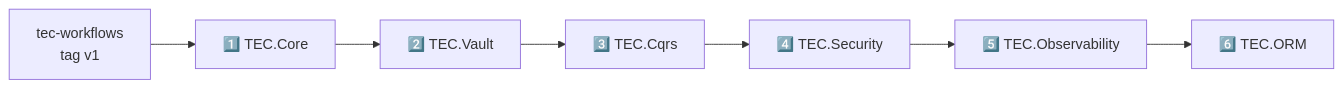
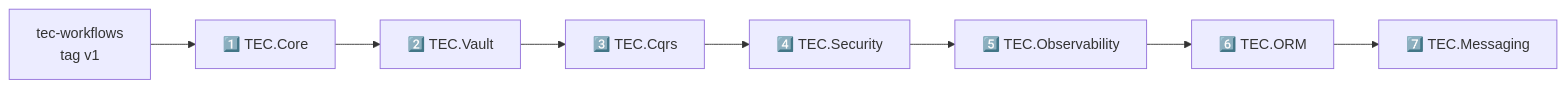
The third of 3 diagrams in README.md (tudoemcodigo/tec-workflows), drawn with Mermaid before and after one commit. The commit also changed 1 other file, not shown here.

Commit message:
Padrões: TEC.Messaging no ecossistema e na ordem de publicação (#2)

````diff
--- a/README.md
+++ b/README.md
@@ -290,4 +290,4 @@
 ```mermaid
 flowchart LR
-    W["tec-workflows<br/>tag v1"] --> C["1️⃣ TEC.Core"] --> V["2️⃣ TEC.Vault"] --> Q["3️⃣ TEC.Cqrs"] --> S["4️⃣ TEC.Security"] --> O["5️⃣ TEC.Observability"] --> R["6️⃣ TEC.ORM"]
+    W["tec-workflows<br/>tag v1"] --> C["1️⃣ TEC.Core"] --> V["2️⃣ TEC.Vault"] --> Q["3️⃣ TEC.Cqrs"] --> S["4️⃣ TEC.Security"] --> O["5️⃣ TEC.Observability"] --> R["6️⃣ TEC.ORM"] --> M["7️⃣ TEC.Messaging"]
 ```
````
